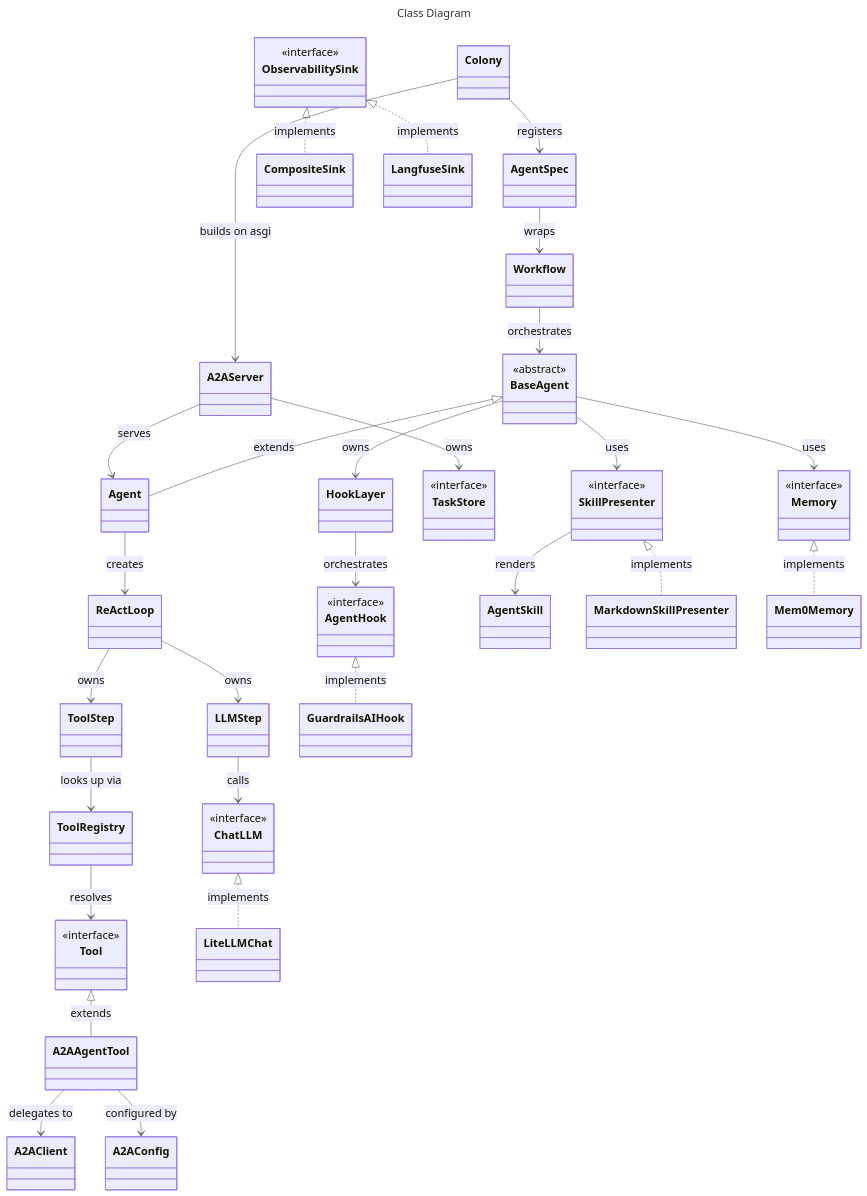
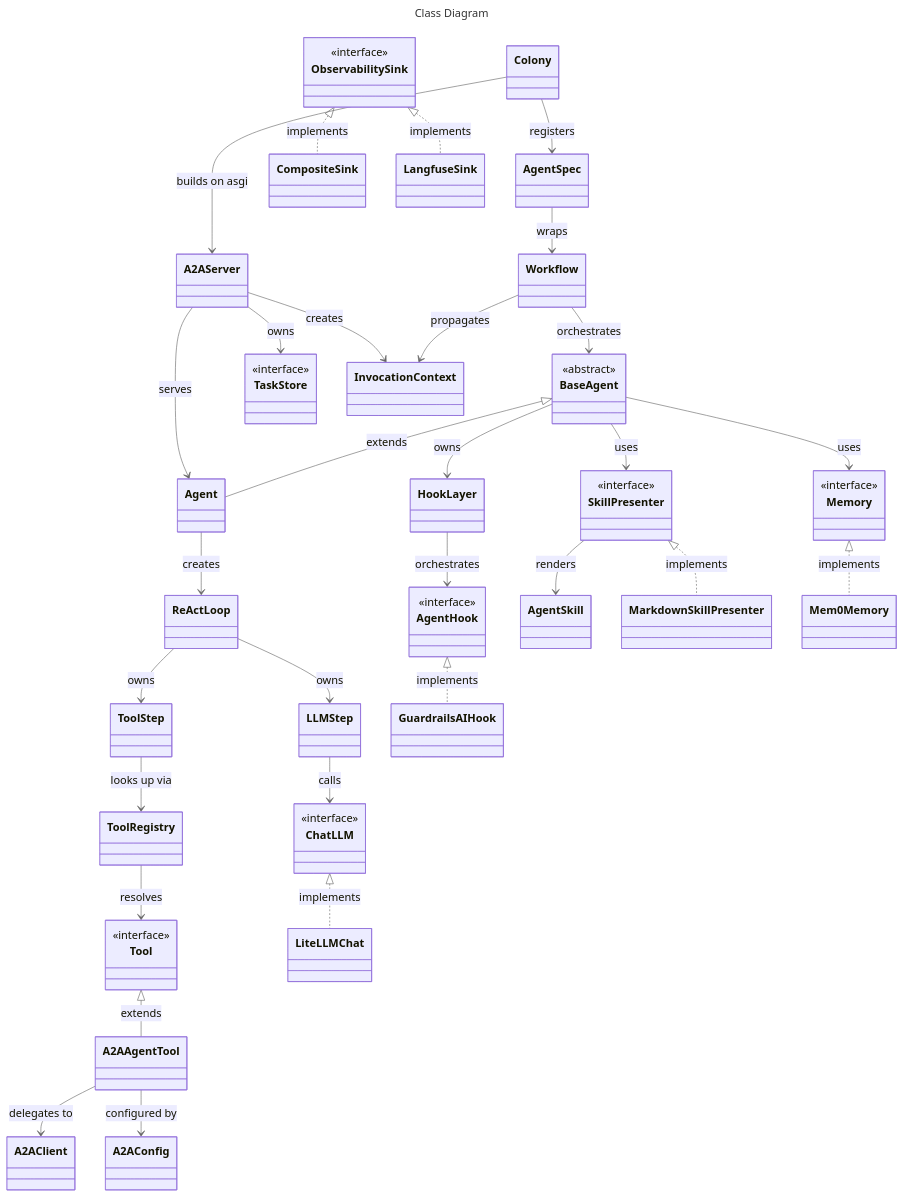
The diagram in docs/docs/architecture/class-diagram.mmd (idea-idsia/ant-ai), drawn with Mermaid before and after one commit. The commit also changed 8 other files, not shown here.

```diff
--- a/docs/docs/architecture/class-diagram.mmd
+++ b/docs/docs/architecture/class-diagram.mmd
@@ -1,52 +1,55 @@
 ---
 title: Class Diagram
 config:
   themeVariables:
     background: '#ffffff'
     primaryColor: '#E9E1FF'
     primaryTextColor: '#222222'
     primaryBorderColor: '#8B6DFF'
     lineColor: '#666666'
     secondaryColor: '#F5F2FF'
     tertiaryColor: '#FBFAFF'
     clusterBkg: '#F3F3F3'
     clusterBorder: '#CFCFCF'
     fontSize: '18px'
 ---
 classDiagram
     direction TB
     class BaseAgent { <<abstract>> }
     class ChatLLM { <<interface>> }
     class Tool { <<interface>> }
     class Memory { <<interface>> }
     class AgentHook { <<interface>> }
     class SkillPresenter { <<interface>> }
     class ObservabilitySink { <<interface>> }
     class TaskStore { <<interface>> }
+    class InvocationContext
+    A2AServer --> InvocationContext : creates
+    Workflow --> InvocationContext : propagates
     Colony --> AgentSpec : registers
     Colony --> A2AServer : builds on asgi
     AgentSpec --> Workflow : wraps
     A2AServer --> TaskStore : owns
     A2AServer --> Agent : serves
     Workflow --> BaseAgent : orchestrates
     BaseAgent <|-- Agent : extends
     BaseAgent --> HookLayer : owns
     BaseAgent --> Memory : uses
     BaseAgent --> SkillPresenter : uses
     Agent --> ReActLoop : creates
     ReActLoop --> LLMStep : owns
     ReActLoop --> ToolStep : owns
     LLMStep --> ChatLLM : calls
     ToolStep --> ToolRegistry : looks up via
     ToolRegistry --> Tool : resolves
     HookLayer --> AgentHook : orchestrates
     AgentHook <|.. GuardrailsAIHook : implements
     SkillPresenter --> AgentSkill : renders
     SkillPresenter <|.. MarkdownSkillPresenter : implements
     Tool <|-- A2AAgentTool : extends
     A2AAgentTool --> A2AClient : delegates to
     A2AAgentTool --> A2AConfig : configured by
     ChatLLM <|.. LiteLLMChat : implements
     Memory <|.. Mem0Memory : implements
     ObservabilitySink <|.. CompositeSink : implements
     ObservabilitySink <|.. LangfuseSink : implements
```
